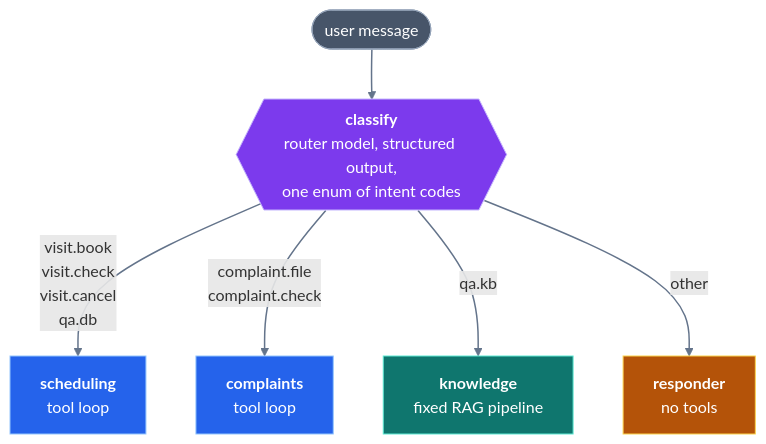
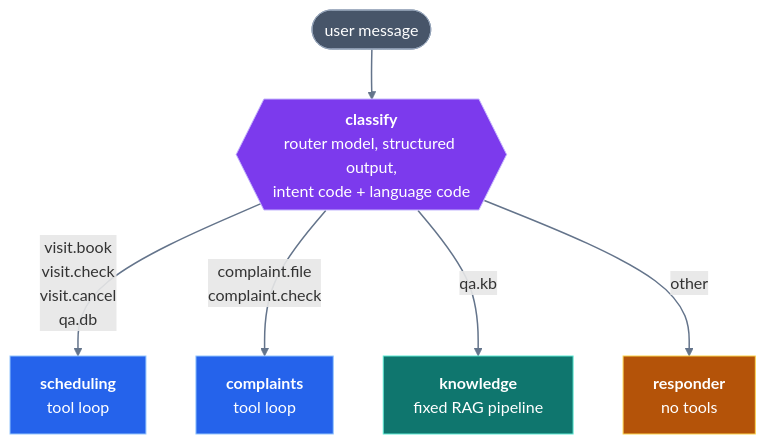
One commit to e-hossam96/health-insurance-chatbot changed the diagram in docs/spec/ai.md. Above: the diagram before and after it, drawn with Mermaid. The commit also changed other lines of this file and 37 other files, not shown here.

````diff
--- a/docs/spec/ai.md
+++ b/docs/spec/ai.md
@@ -51,29 +51,29 @@
 ```mermaid
 flowchart TD
     message(["user message"])
-    classify{{"<b>classify</b><br/>router model, structured output,<br/>one enum of intent codes"}}
+    classify{{"<b>classify</b><br/>router model, structured output,<br/>intent code + language code"}}
     scheduling["<b>scheduling</b><br/>tool loop"]
     complaints["<b>complaints</b><br/>tool loop"]
     knowledge["<b>knowledge</b><br/>fixed RAG pipeline"]
     responder["<b>responder</b><br/>no tools"]
 
     message --> classify
     classify -- "visit.book<br/>visit.check<br/>visit.cancel<br/>qa.db" --> scheduling
     classify -- "complaint.file<br/>complaint.check" --> complaints
     classify -- "qa.kb" --> knowledge
     classify -- "other" --> responder
 
     classDef input fill:#475569,stroke:#94a3b8,color:#ffffff
     classDef router fill:#7c3aed,stroke:#c4b5fd,color:#ffffff
     classDef toolAgent fill:#2563eb,stroke:#93c5fd,color:#ffffff
     classDef ragAgent fill:#0f766e,stroke:#5eead4,color:#ffffff
     classDef plainAgent fill:#b45309,stroke:#fcd34d,color:#ffffff
 
     class message input
     class classify router
     class scheduling,complaints toolAgent
     class knowledge ragAgent
     class responder plainAgent
 
     linkStyle default stroke:#64748b,stroke-width:1.5px
 ```
````
